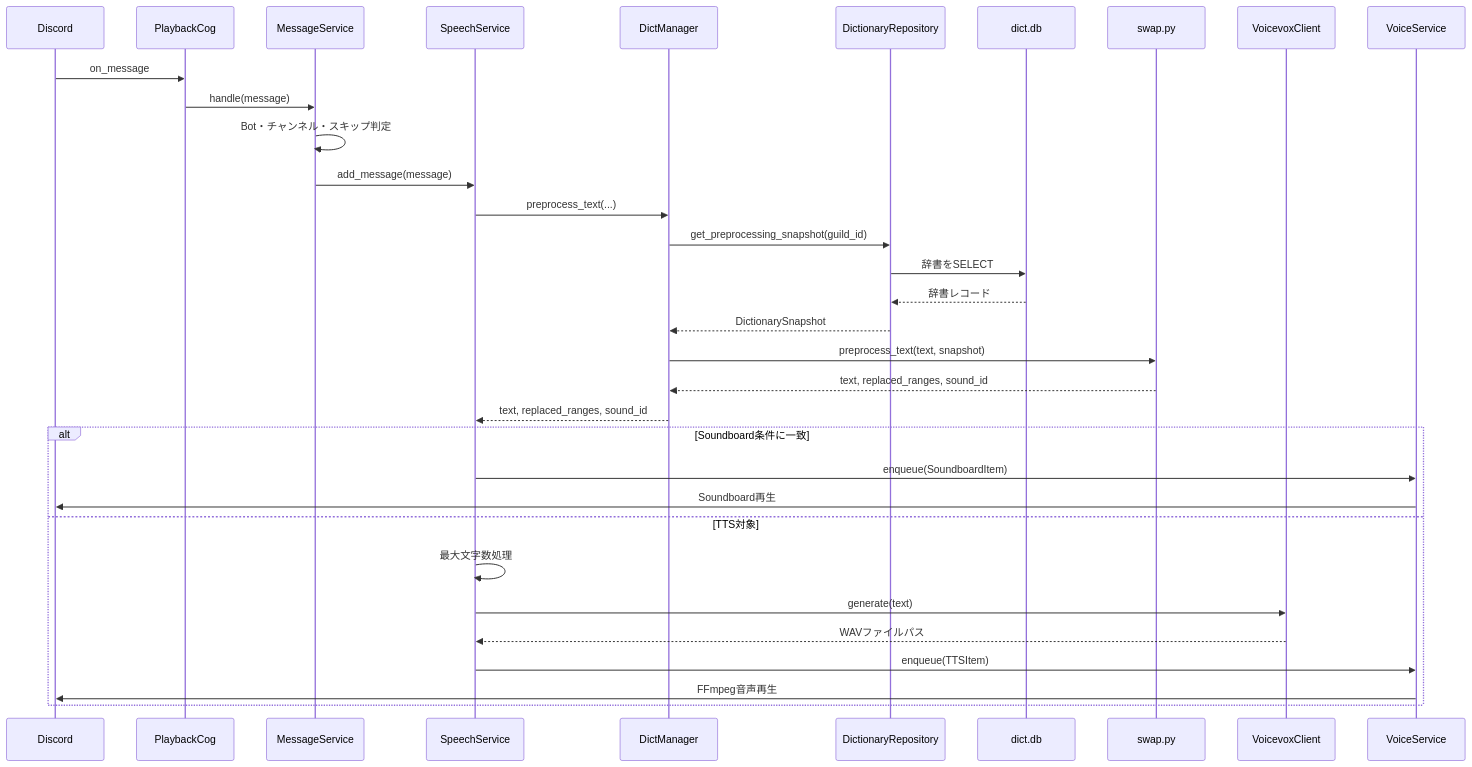
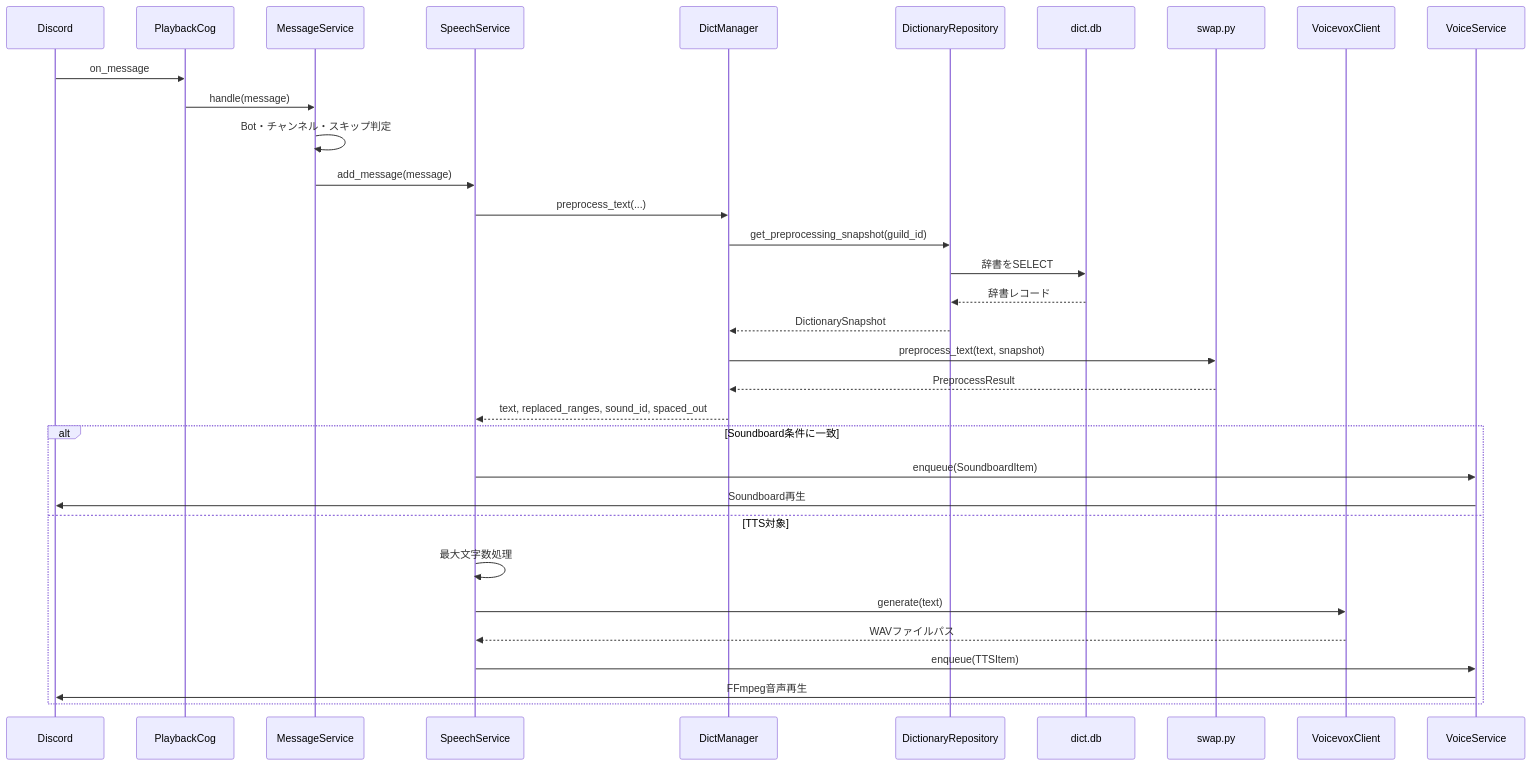
One commit to dora-ntmk/Tsumugium changed the second of 3 diagrams in docs/ARCHITECTURE.md. Above: the diagram before and after it, drawn with Mermaid. The commit also changed other lines of this file and 8 other files, not shown here.

````diff
--- a/docs/ARCHITECTURE.md
+++ b/docs/ARCHITECTURE.md
@@ -75,36 +75,36 @@
 ```mermaid
 sequenceDiagram
     participant Discord
     participant Cog as PlaybackCog
     participant Message as MessageService
     participant Speech as SpeechService
     participant Dict as DictManager
     participant Repo as DictionaryRepository
     participant DB as dict.db
     participant Swap as swap.py
     participant VV as VoicevoxClient
     participant Voice as VoiceService
 
     Discord->>Cog: on_message
     Cog->>Message: handle(message)
     Message->>Message: Bot・チャンネル・スキップ判定
     Message->>Speech: add_message(message)
     Speech->>Dict: preprocess_text(...)
     Dict->>Repo: get_preprocessing_snapshot(guild_id)
     Repo->>DB: 辞書をSELECT
     DB-->>Repo: 辞書レコード
     Repo-->>Dict: DictionarySnapshot
     Dict->>Swap: preprocess_text(text, snapshot)
-    Swap-->>Dict: text, replaced_ranges, sound_id
-    Dict-->>Speech: text, replaced_ranges, sound_id
+    Swap-->>Dict: PreprocessResult
+    Dict-->>Speech: text, replaced_ranges, sound_id, spaced_out
     alt Soundboard条件に一致
         Speech->>Voice: enqueue(SoundboardItem)
         Voice->>Discord: Soundboard再生
     else TTS対象
         Speech->>Speech: 最大文字数処理
         Speech->>VV: generate(text)
         VV-->>Speech: WAVファイルパス
         Speech->>Voice: enqueue(TTSItem)
         Voice->>Discord: FFmpeg音声再生
     end
 ```
````
